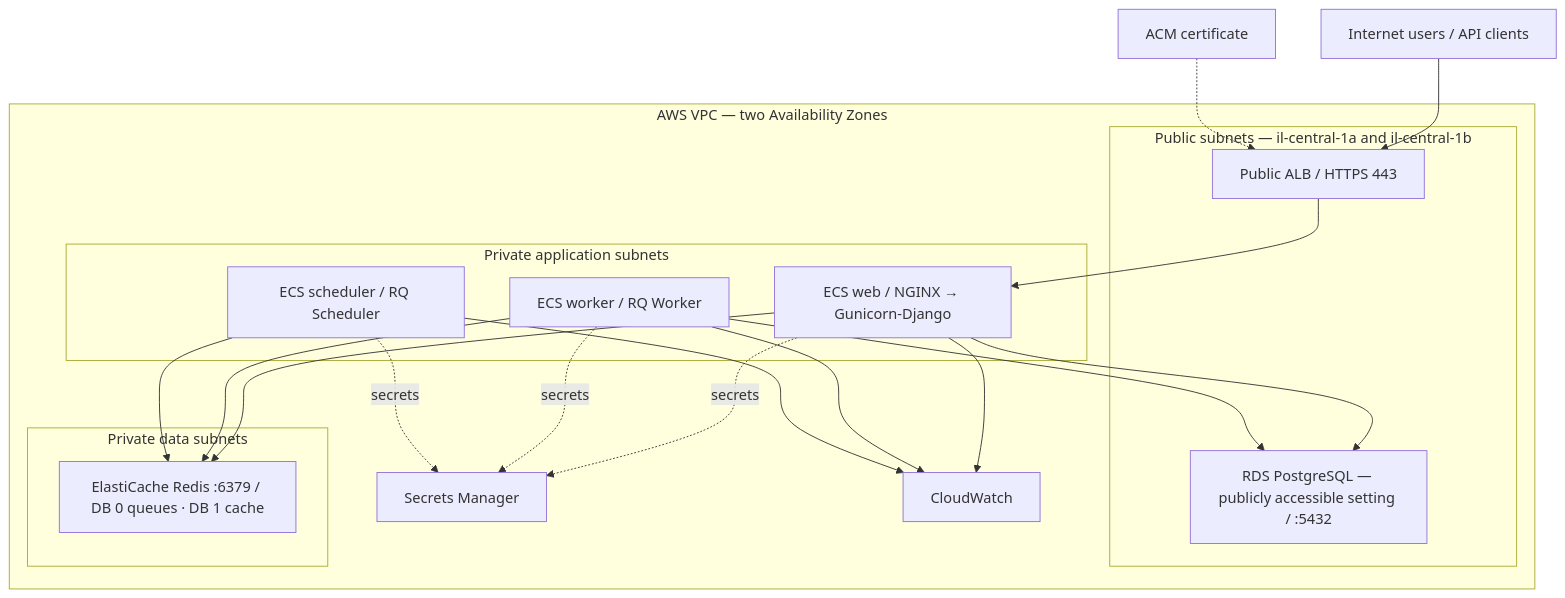
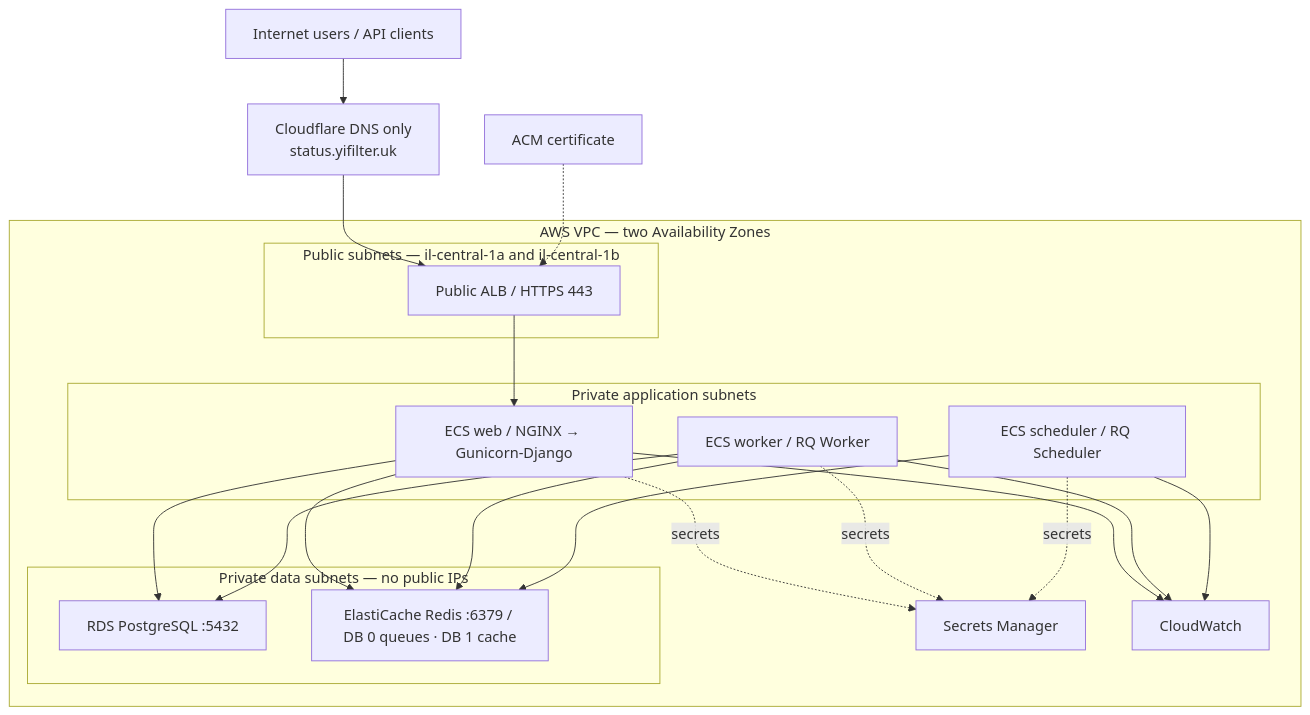
The diagram in docs/ARCHITECTURE.md (yinon-mitin/Status-Page), drawn with Mermaid before and after one commit. The commit also changed other lines of this file and 10 other files, not shown here.

Commit message:
Document private production architecture decisions

````diff
--- a/docs/ARCHITECTURE.md
+++ b/docs/ARCHITECTURE.md
@@ -30,27 +30,28 @@
 ```mermaid
 flowchart TB
-  U[Internet users / API clients] --> ALB[Public ALB / HTTPS 443]
+  U[Internet users / API clients] --> CF[Cloudflare DNS only\nstatus.yifilter.uk]
+  CF --> ALB[Public ALB / HTTPS 443]
   ACM[ACM certificate] -.-> ALB
   subgraph VPC[AWS VPC — two Availability Zones]
     subgraph PUB[Public subnets — il-central-1a and il-central-1b]
       ALB
-      RDS[RDS PostgreSQL — publicly accessible setting / :5432]
     end
     subgraph APP[Private application subnets]
       WEB[ECS web / NGINX → Gunicorn-Django]
       WKR[ECS worker / RQ Worker]
       SCH[ECS scheduler / RQ Scheduler]
     end
-    subgraph DATA[Private data subnets]
+    subgraph DATA[Private data subnets — no public IPs]
+      RDS[RDS PostgreSQL :5432]
       REDIS[ElastiCache Redis :6379 / DB 0 queues · DB 1 cache]
     end
     SM[Secrets Manager]
     CW[CloudWatch]
   end
   ALB --> WEB
   WEB --> RDS & REDIS
   WKR --> RDS & REDIS
   SCH --> REDIS
   WEB & WKR & SCH -. secrets .-> SM
   WEB & WKR & SCH --> CW
 ```
````
